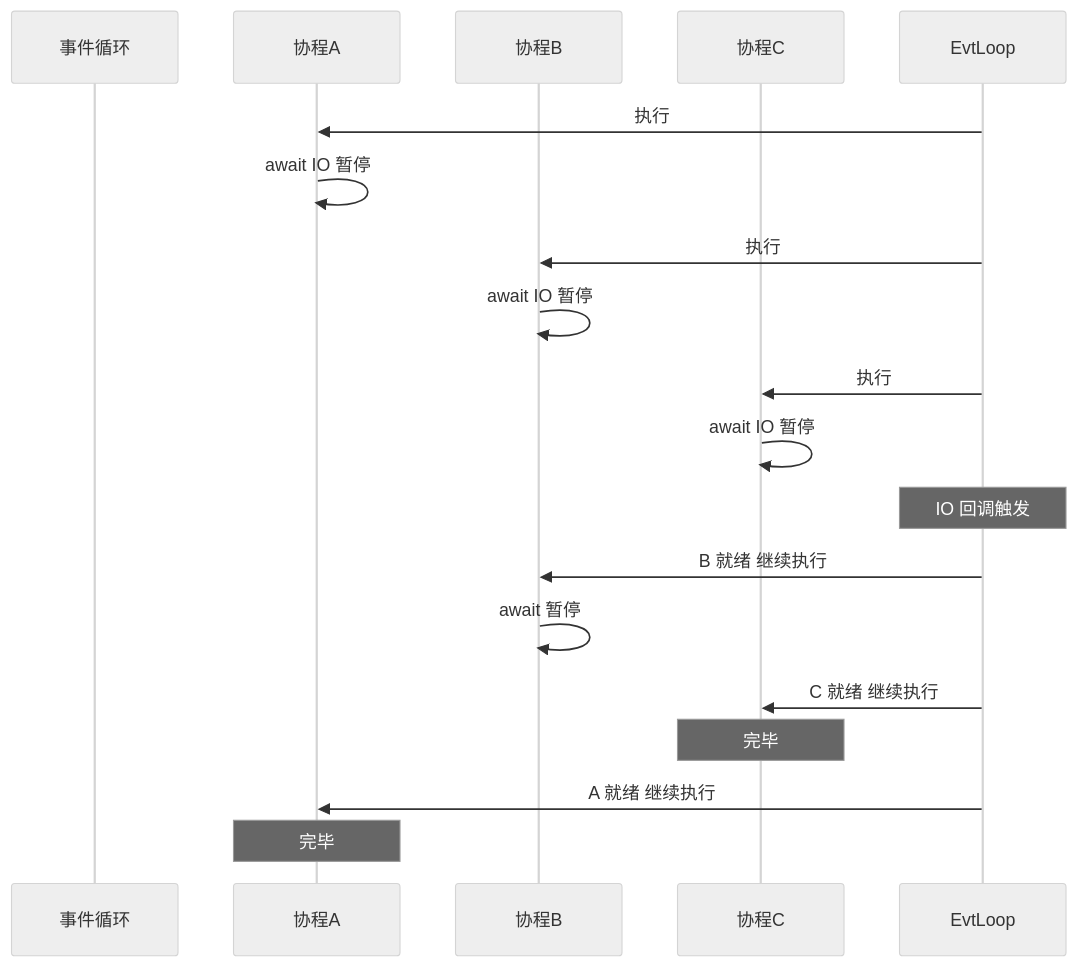
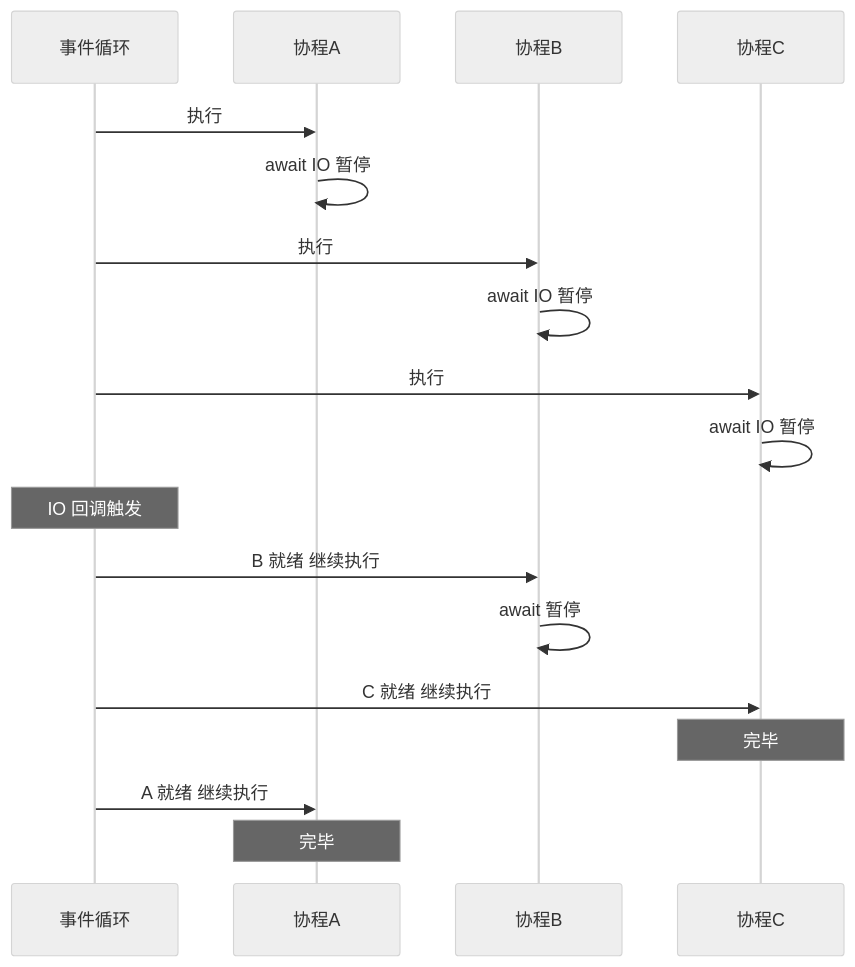
The second of 2 diagrams in content/笔记/语言与框架/Python/八股/并发/14-asyncio事件循环原理.md (TianhuaYuan/personal-site), drawn with Mermaid (neutral theme) before and after one commit. The commit also changed other lines of this file and 875 other files, not shown here.

````diff
--- a/content/笔记/语言与框架/Python/八股/并发/14-asyncio事件循环原理.md
+++ b/content/笔记/语言与框架/Python/八股/并发/14-asyncio事件循环原理.md
@@ -121,41 +108,39 @@
 ```mermaid
 
 sequenceDiagram
 
-    participant LoopR as 事件循环
+    participant EvtLoop as 事件循环
 
     participant A as 协程A
 
     participant B as 协程B
 
     participant C as 协程C
-
-
 
     EvtLoop->>A: 执行
 
     A->>A: await IO 暂停
 
     EvtLoop->>B: 执行
 
     B->>B: await IO 暂停
 
     EvtLoop->>C: 执行
 
     C->>C: await IO 暂停
 
     Note over EvtLoop: IO 回调触发
 
     EvtLoop->>B: B 就绪 继续执行
 
     B->>B: await 暂停
 
     EvtLoop->>C: C 就绪 继续执行
 
     Note over C: 完毕
 
     EvtLoop->>A: A 就绪 继续执行
 
     Note over A: 完毕
 
 ```
````
